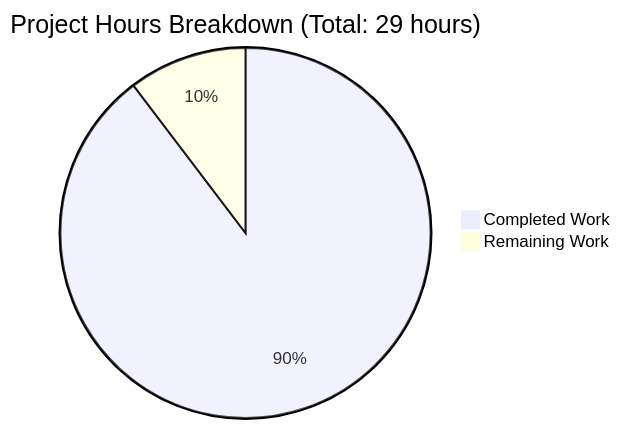
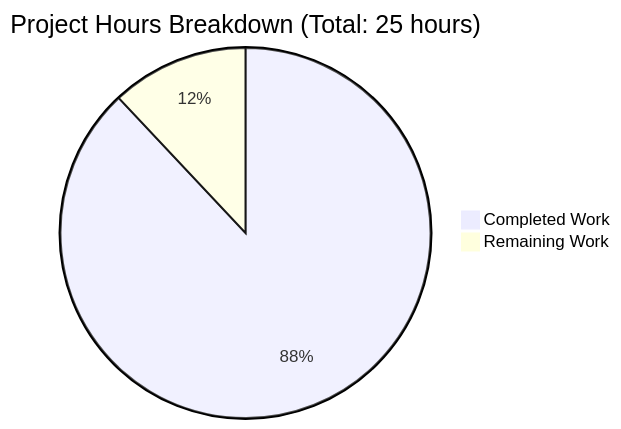
The first of 2 diagrams in blitzy/documentation/Project Guide.md (lakshya-blitzy/hello_world_lakshya_github), drawn with Mermaid before and after one commit. The commit also changed other lines of this file, not shown here.

Commit message:
Adding Blitzy Project Guide: Project Status and Human Tasks Remaining

````diff
--- a/blitzy/documentation/Project Guide.md
+++ b/blitzy/documentation/Project Guide.md
@@ -48,5 +213,5 @@
 ```mermaid
-pie title Project Hours Breakdown (Total: 29 hours)
-    "Completed Work" : 26
+pie title Project Hours Breakdown (Total: 25 hours)
+    "Completed Work" : 22
     "Remaining Work" : 3
 ```
````
